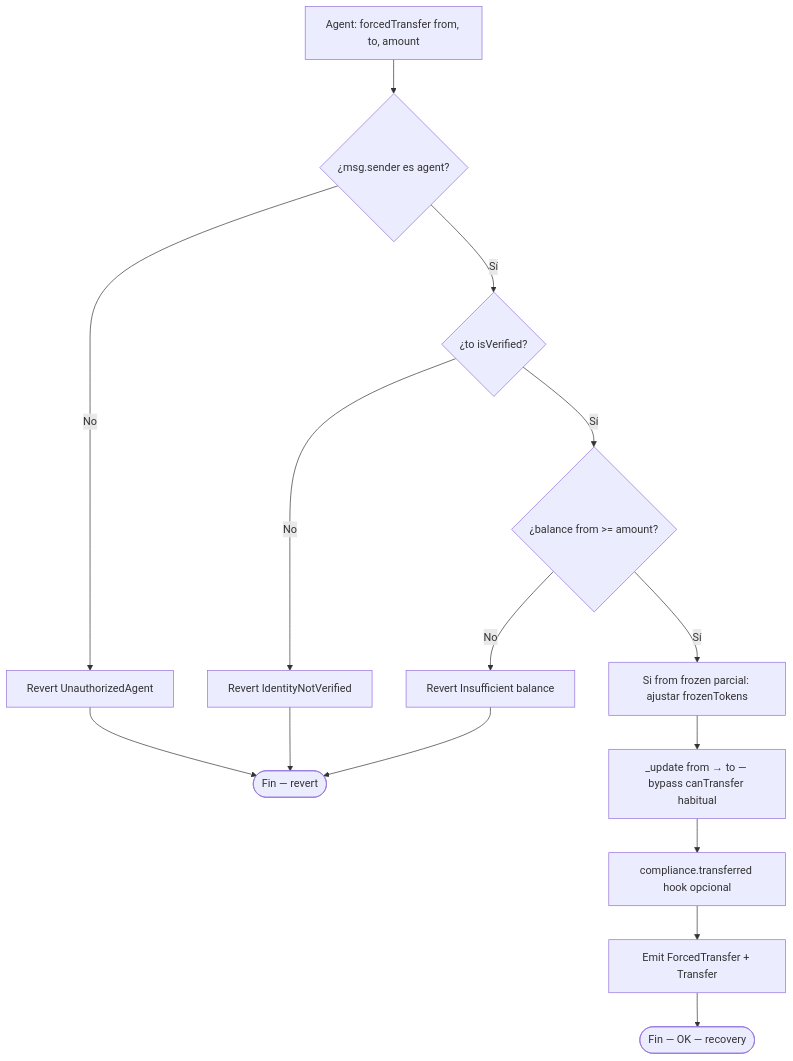
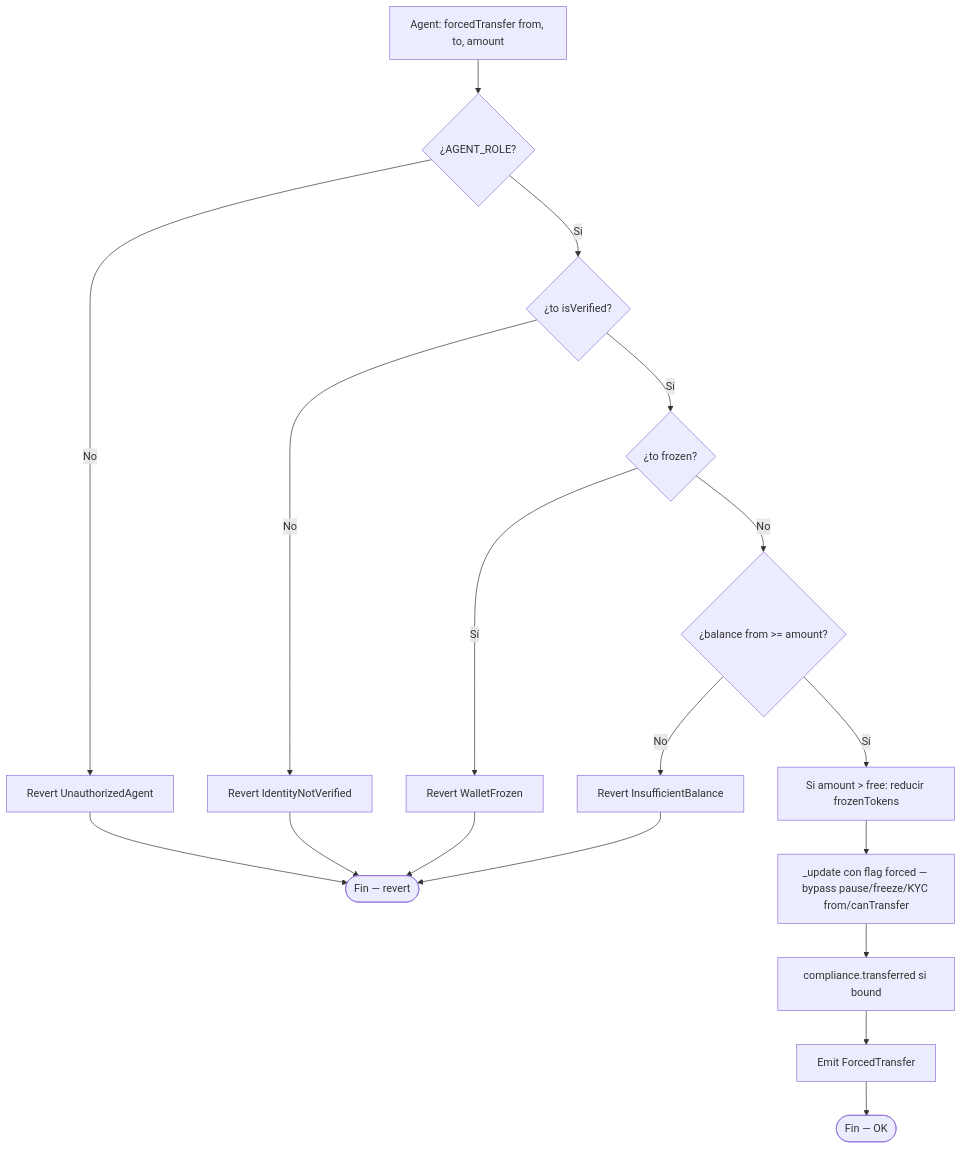
The fourth of 6 diagrams in doc/diagrama-de-flujo.md (rastrahm/rwa-tokenization), drawn with Mermaid before and after one commit. The commit also changed other lines of this file and 7 other files, not shown here.

````diff
--- a/doc/diagrama-de-flujo.md
+++ b/doc/diagrama-de-flujo.md
@@ -81,17 +86,20 @@
 ```mermaid
 flowchart TD
-    A[Agent: forcedTransfer from, to, amount] --> B{¿msg.sender es agent?}
+    A[Agent: forcedTransfer from, to, amount] --> B{¿AGENT_ROLE?}
     B -->|No| Z0[Revert UnauthorizedAgent]
     B -->|Sí| C{¿to isVerified?}
     C -->|No| Z1[Revert IdentityNotVerified]
-    C -->|Sí| D{¿balance from >= amount?}
-    D -->|No| Z2[Revert Insufficient balance]
-    D -->|Sí| E[Si from frozen parcial: ajustar frozenTokens]
-    E --> F[_update from → to — bypass canTransfer habitual]
-    F --> G[compliance.transferred hook opcional]
-    G --> H[Emit ForcedTransfer + Transfer]
-    H --> Ok([Fin — OK — recovery])
+    C -->|Sí| D{¿to frozen?}
+    D -->|Sí| Z2[Revert WalletFrozen]
+    D -->|No| E{¿balance from >= amount?}
+    E -->|No| Z3[Revert InsufficientBalance]
+    E -->|Sí| F[Si amount > free: reducir frozenTokens]
+    F --> G[_update con flag forced — bypass pause/freeze/KYC from/canTransfer]
+    G --> H[compliance.transferred si bound]
+    H --> I[Emit ForcedTransfer]
+    I --> Ok([Fin — OK])
     Z0 --> End([Fin — revert])
     Z1 --> End
     Z2 --> End
+    Z3 --> End
 ```
````
